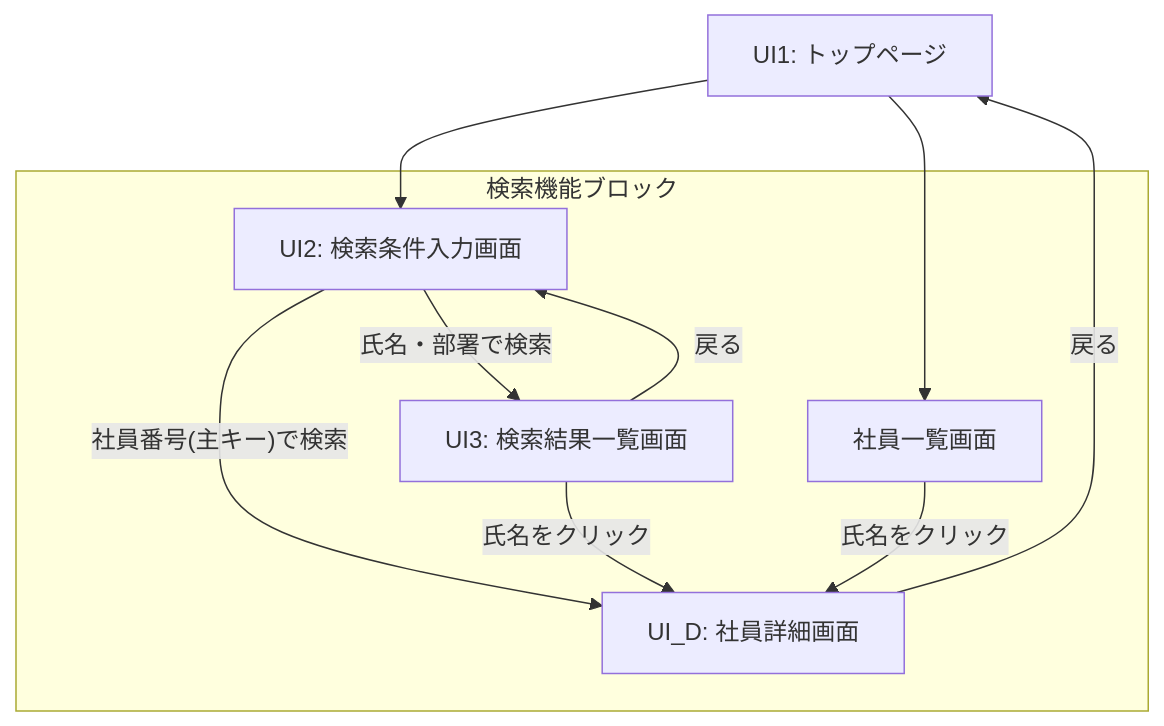
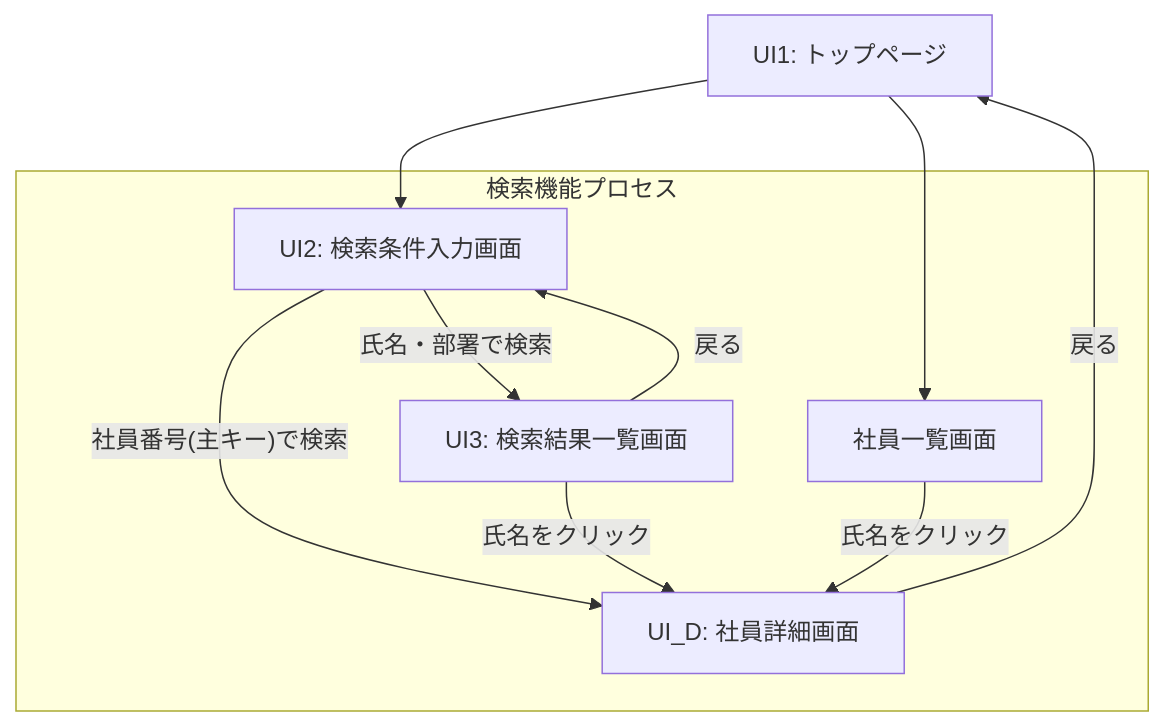
The diagram in EIMS_Comprehensive_Exercise_Guide.md (juyeongjung1/NewEIMS), drawn with Mermaid before and after one commit. The commit also changed other lines of this file, not shown here.

````diff
--- a/EIMS_Comprehensive_Exercise_Guide.md
+++ b/EIMS_Comprehensive_Exercise_Guide.md
@@ -41,15 +67,15 @@
 ```mermaid
 flowchart TD
     UI1[UI1: トップページ] --> UI2[UI2: 検索条件入力画面]
     UI1 --> UI_L[社員一覧画面]
     
-    subgraph 検索機能ブロック
+    subgraph 検索機能プロセス
         UI2 -- "社員番号(主キー)で検索" --> UI_D[UI_D: 社員詳細画面]
         UI2 -- "氏名・部署で検索" --> UI3[UI3: 検索結果一覧画面]
         UI3 -- "氏名をクリック" --> UI_D
         UI_L -- "氏名をクリック" --> UI_D
     end
     
     UI_D -->|戻る| UI1
     UI3 -->|戻る| UI2
 ```
````
